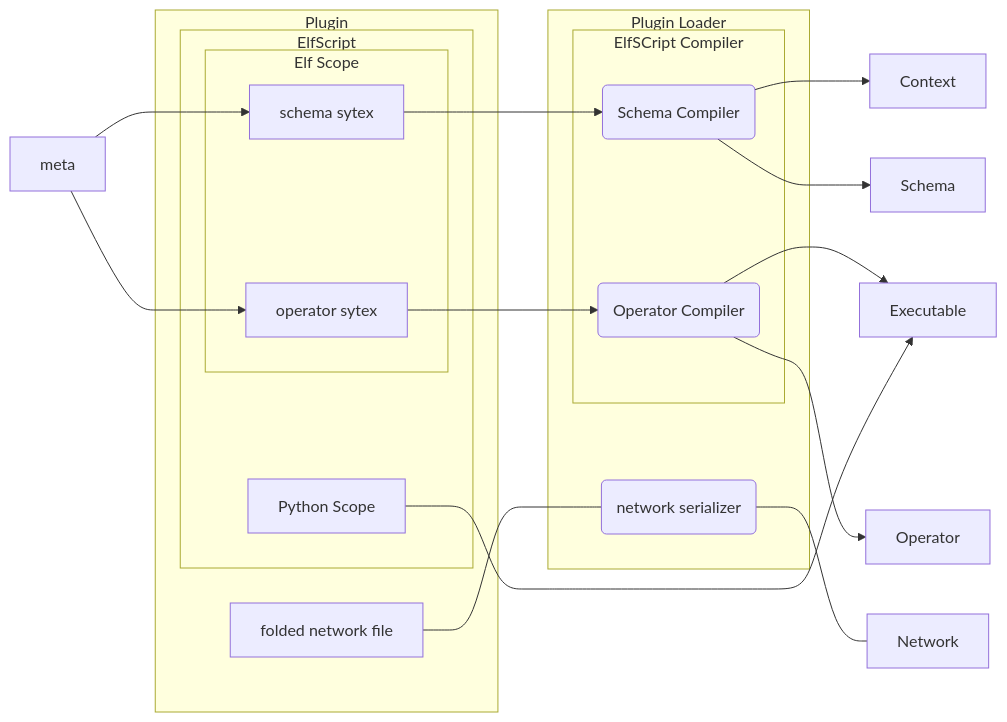
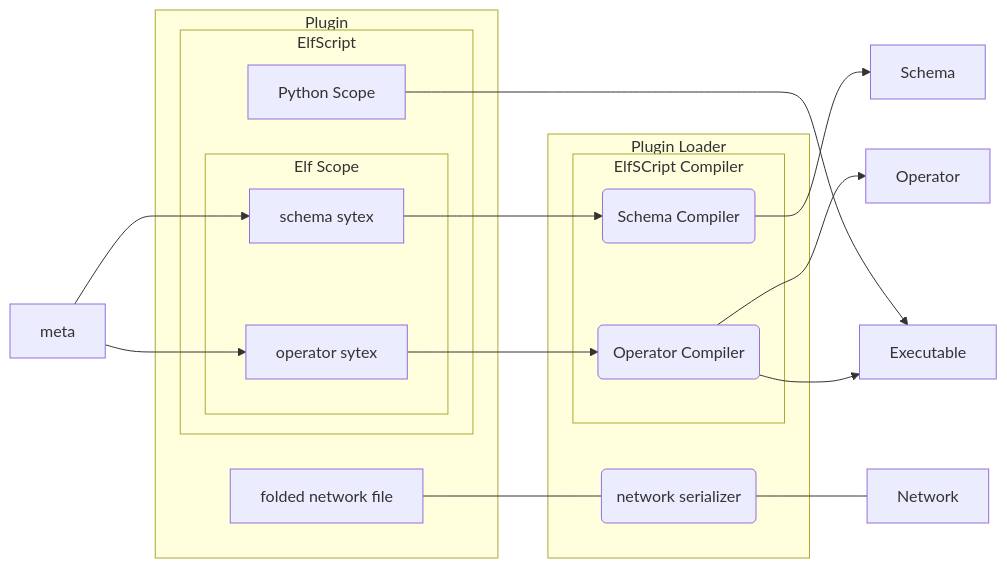
One commit to windwhiterain/Elf changed the second of 2 diagrams in developer guide.md. Above: the diagram before and after it, drawn with Mermaid. The commit also changed other lines of this file and 635 other files, not shown here.

````diff
--- a/developer guide.md
+++ b/developer guide.md
@@ -30,27 +30,27 @@
 ```mermaid
 graph LR
     meta[meta]
     subgraph pg[Plugin]
         subgraph es[ElfScript]
             subgraph ecope[Elf Scope]
                 sm[schema sytex]
                 op[operator sytex]
             end
             pycope[Python Scope]
         end
         fn[folded network file]
     end
     meta--> sm & op
     subgraph pl[Plugin Loader]
         subgraph ec[ElfSCript Compiler]
             smc(Schema Compiler)
             opc(Operator Compiler)
         end
         pgld(network serializer)
     end
-    sm-->smc-->con[Context] & smd[Schema]
+    sm-->smc-->smd[Schema]
     op-->opc-->exe[Executable] & opd[Operator]
     pycope-->exe
     
     fn---pgld---net[Network]
 ```
````
